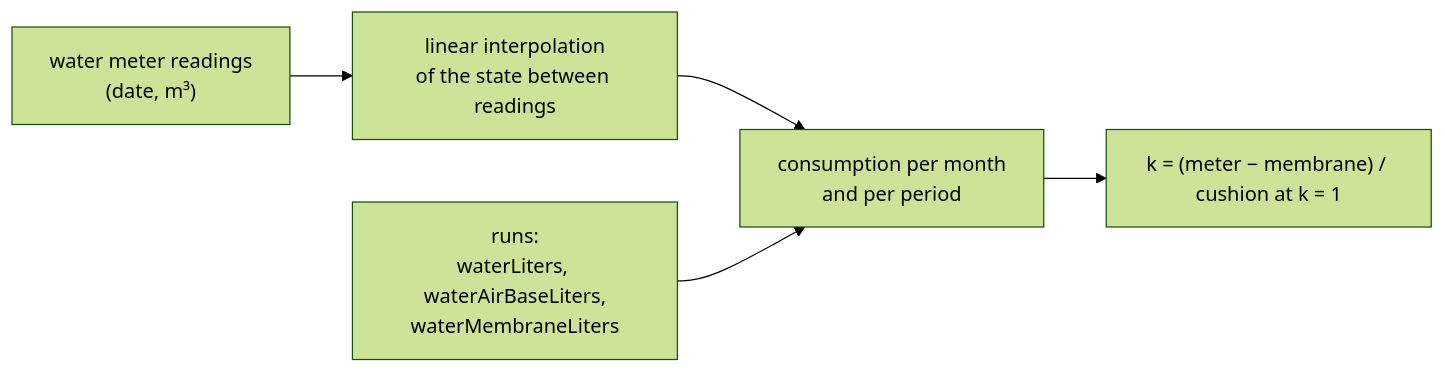
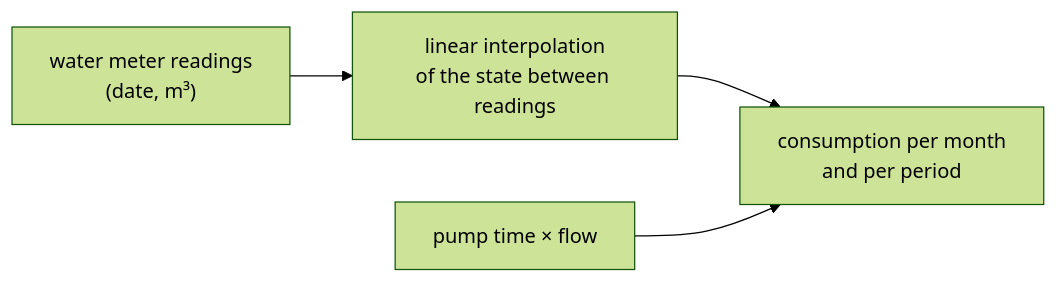
The fourth of 5 diagrams in docs/en/moduly/water-pressure-tank/2-how-it-works.md (robertorlowski/chpc-web), drawn with Mermaid (forest theme) before and after one commit. The commit also changed other lines of this file and 53 other files, not shown here.

````diff
--- a/docs/en/moduly/water-pressure-tank/2-how-it-works.md
+++ b/docs/en/moduly/water-pressure-tank/2-how-it-works.md
@@ -59,7 +76,6 @@
 ```mermaid
 flowchart LR
     R["water meter readings<br/>(date, m³)"] --> I["linear interpolation<br/>of the state between readings"]
     I --> MON["consumption per month<br/>and per period"]
-    RUNS["runs:<br/>waterLiters, waterAirBaseLiters,<br/>waterMembraneLiters"] --> MON
-    MON --> K["k = (meter − membrane) / cushion at k = 1"]
+    RUNS["pump time × flow"] --> MON
 ```
````
